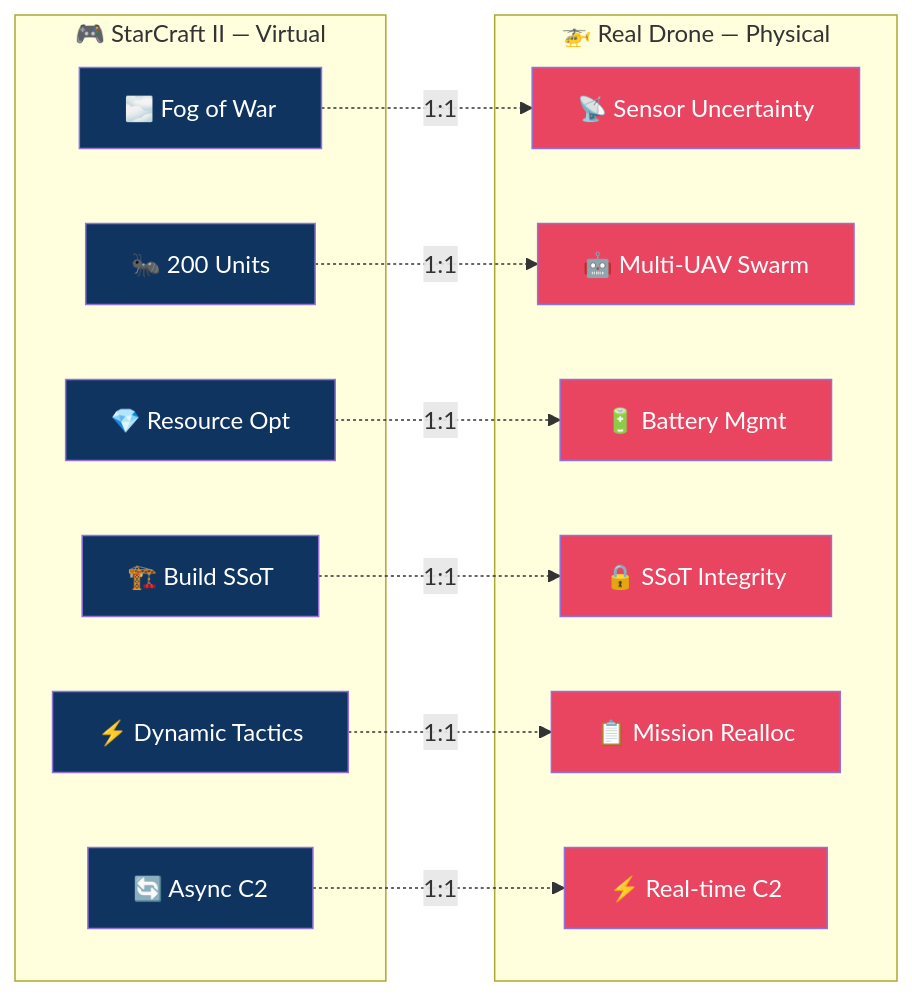
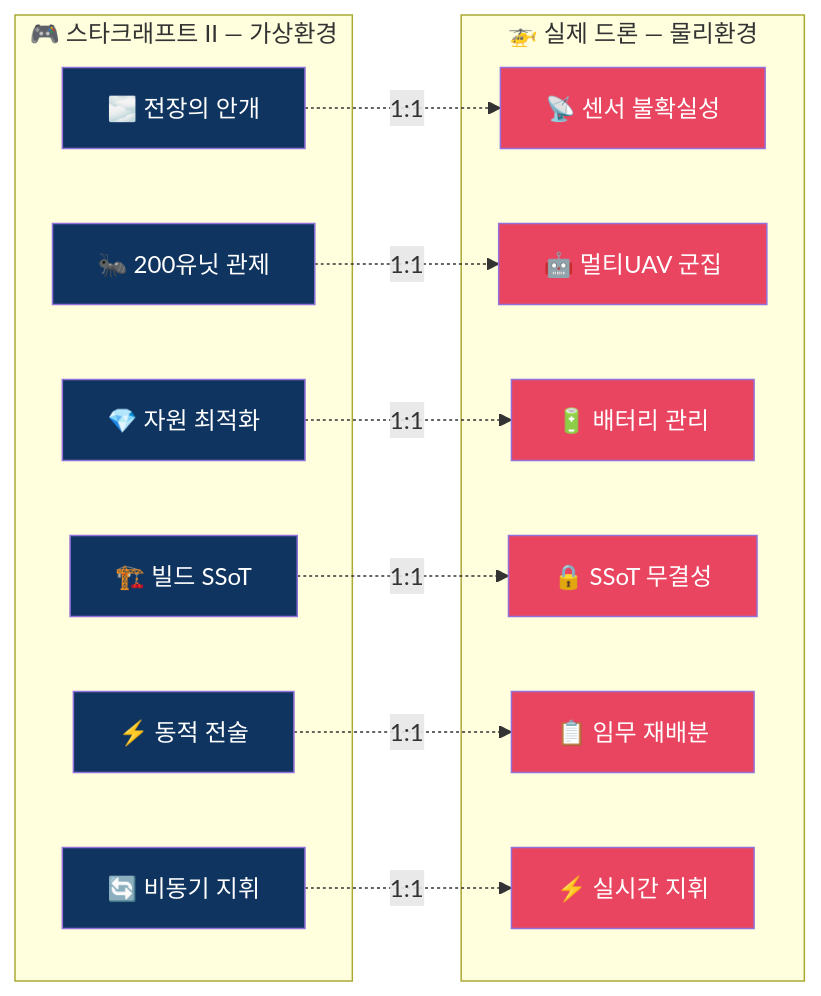
Before and after one commit to sun475300-sudo/Swarm-control-in-sc2bot: the seventh of 34 diagrams in README.md, drawn with Mermaid. The commit also changed other lines of this file and 2 other files, not shown here.

````diff
--- a/README.md
+++ b/README.md
@@ -189,29 +503,29 @@
 ```mermaid
 graph LR
-    subgraph "🎮 StarCraft II — Virtual"
-        V1["🌫️ Fog of War"] & V2["🐜 200 Units"] & V3["💎 Resource Opt"]
-        V4["🏗️ Build SSoT"] & V5["⚡ Dynamic Tactics"] & V6["🔄 Async C2"]
+    subgraph "🎮 스타크래프트 II — 가상환경"
+        V1["🌫️ 전장의 안개"] & V2["🐜 200유닛 관제"] & V3["💎 자원 최적화"]
+        V4["🏗️ 빌드 SSoT"] & V5["⚡ 동적 전술"] & V6["🔄 비동기 지휘"]
     end
-    subgraph "🚁 Real Drone — Physical"
-        R1["📡 Sensor Uncertainty"] & R2["🤖 Multi-UAV Swarm"] & R3["🔋 Battery Mgmt"]
-        R4["🔒 SSoT Integrity"] & R5["📋 Mission Realloc"] & R6["⚡ Real-time C2"]
+    subgraph "🚁 실제 드론 — 물리환경"
+        R1["📡 센서 불확실성"] & R2["🤖 멀티UAV 군집"] & R3["🔋 배터리 관리"]
+        R4["🔒 SSoT 무결성"] & R5["📋 임무 재배분"] & R6["⚡ 실시간 지휘"]
     end
     V1 -.->|1:1| R1
     V2 -.->|1:1| R2
     V3 -.->|1:1| R3
     V4 -.->|1:1| R4
     V5 -.->|1:1| R5
     V6 -.->|1:1| R6
     style V1 fill:#0f3460,color:#fff
     style V2 fill:#0f3460,color:#fff
     style V3 fill:#0f3460,color:#fff
     style V4 fill:#0f3460,color:#fff
     style V5 fill:#0f3460,color:#fff
     style V6 fill:#0f3460,color:#fff
     style R1 fill:#e94560,color:#fff
     style R2 fill:#e94560,color:#fff
     style R3 fill:#e94560,color:#fff
     style R4 fill:#e94560,color:#fff
     style R5 fill:#e94560,color:#fff
     style R6 fill:#e94560,color:#fff
 ```
````
